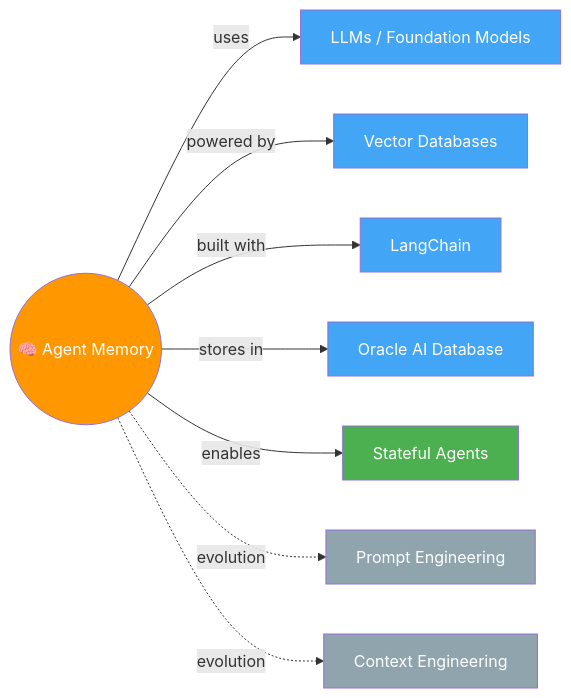
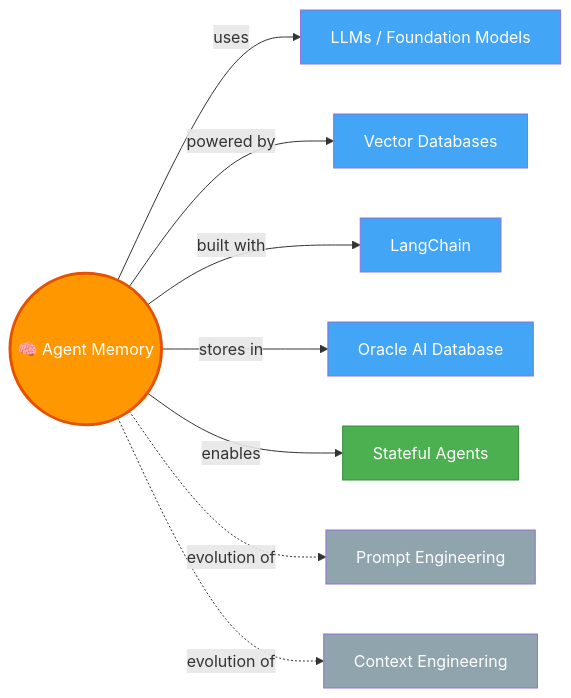
Before and after one commit to AyushSonuu/my-memory: the diagram in tech/agent-memory/README.md, drawn with Mermaid. The commit also changed other lines of this file, not shown here.

````diff
--- a/tech/agent-memory/README.md
+++ b/tech/agent-memory/README.md
@@ -9,20 +9,20 @@
 ```mermaid
 graph LR
     AM(("🧠 Agent Memory"))
     AM -->|"uses"| LLM["LLMs / Foundation Models"]
     AM -->|"powered by"| VDB["Vector Databases"]
     AM -->|"built with"| LC["LangChain"]
     AM -->|"stores in"| ODB["Oracle AI Database"]
     AM -->|"enables"| SA["Stateful Agents"]
-    AM -.->|"evolution"| PE["Prompt Engineering"]
-    AM -.->|"evolution"| CE["Context Engineering"]
+    AM -.->|"evolution of"| PE["Prompt Engineering"]
+    AM -.->|"evolution of"| CE["Context Engineering"]
     
-    style AM fill:#ff9800,color:#fff
-    style SA fill:#4caf50,color:#fff
+    style AM fill:#ff9800,color:#fff,stroke:#e65100,stroke-width:3px
+    style SA fill:#4caf50,color:#fff,stroke:#388e3c
     style PE fill:#90a4ae,color:#fff
     style CE fill:#90a4ae,color:#fff
     style LLM fill:#42a5f5,color:#fff
     style VDB fill:#42a5f5,color:#fff
     style LC fill:#42a5f5,color:#fff
     style ODB fill:#42a5f5,color:#fff
 ```
````
